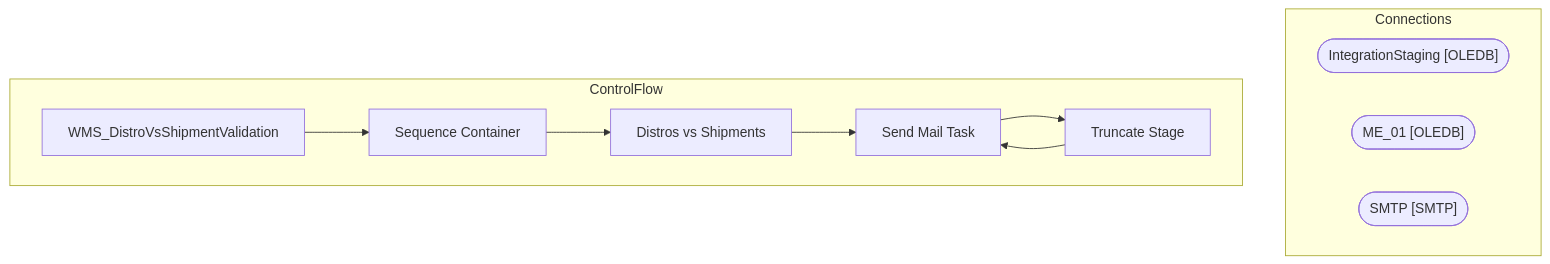
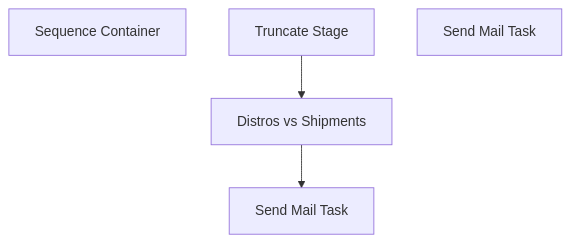
One commit to juanandresbrain/BABSkills changed the diagram in bab-docs-explorer/Documentation/STL-SSIS-P-01/SSIS/WMS/WMS_DistroVsShipmentValidation.WMS_DistroVsShipmentValidation.md. Above: the diagram before and after it, drawn with Mermaid. The commit also changed other lines of this file and 273 other files, not shown here.

````diff
--- a/bab-docs-explorer/Documentation/STL-SSIS-P-01/SSIS/WMS/WMS_DistroVsShipmentValidation.WMS_DistroVsShipmentValidation.md
+++ b/bab-docs-explorer/Documentation/STL-SSIS-P-01/SSIS/WMS/WMS_DistroVsShipmentValidation.WMS_DistroVsShipmentValidation.md
@@ -9,21 +38,10 @@
 ```mermaid
 flowchart TD
-    subgraph Connections
-        IntegrationStaging_conn(["IntegrationStaging [OLEDB]"])
-        ME_01_conn(["ME_01 [OLEDB]"])
-        SMTP_conn(["SMTP [SMTP]"])
-    end
-    subgraph ControlFlow
-        WMS_DistroVsShipmentValidation_task["WMS_DistroVsShipmentValidation"]
-        Sequence_Container_task["Sequence Container"]
-        WMS_DistroVsShipmentValidation_task --> Sequence_Container_task
-        Distros_vs_Shipments_task["Distros vs Shipments"]
-        Sequence_Container_task --> Distros_vs_Shipments_task
-        Send_Mail_Task_task["Send Mail Task"]
-        Distros_vs_Shipments_task --> Send_Mail_Task_task
-        Truncate_Stage_task["Truncate Stage"]
-        Send_Mail_Task_task --> Truncate_Stage_task
-        Send_Mail_Task_task["Send Mail Task"]
-        Truncate_Stage_task --> Send_Mail_Task_task
-    end
+    n_Package_Sequence_Container["Sequence Container"]
+    n_Package_Sequence_Container_Distros_vs_Shipments["Distros vs Shipments"]
+    n_Package_Sequence_Container_Send_Mail_Task["Send Mail Task"]
+    n_Package_Sequence_Container_Truncate_Stage["Truncate Stage"]
+    n_Package_EventHandlers_OnError__Send_Mail_Task["Send Mail Task"]
+    n_Package_Sequence_Container_Truncate_Stage --> n_Package_Sequence_Container_Distros_vs_Shipments
+    n_Package_Sequence_Container_Distros_vs_Shipments --> n_Package_Sequence_Container_Send_Mail_Task
 ```
````
